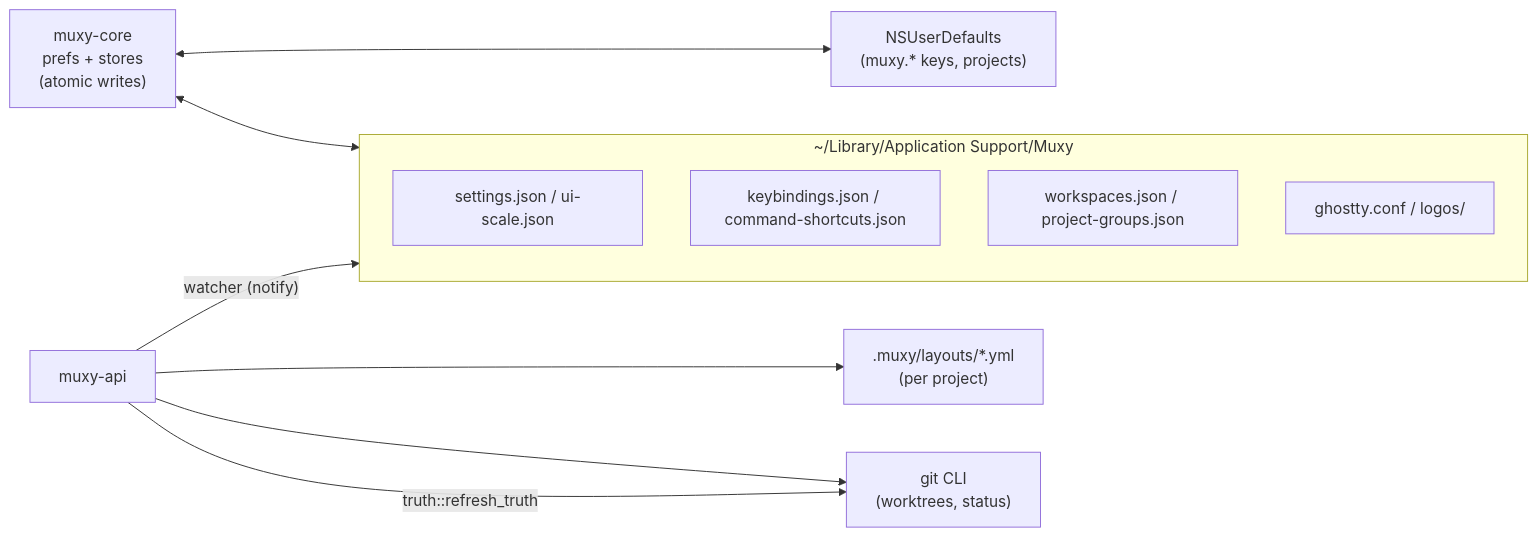
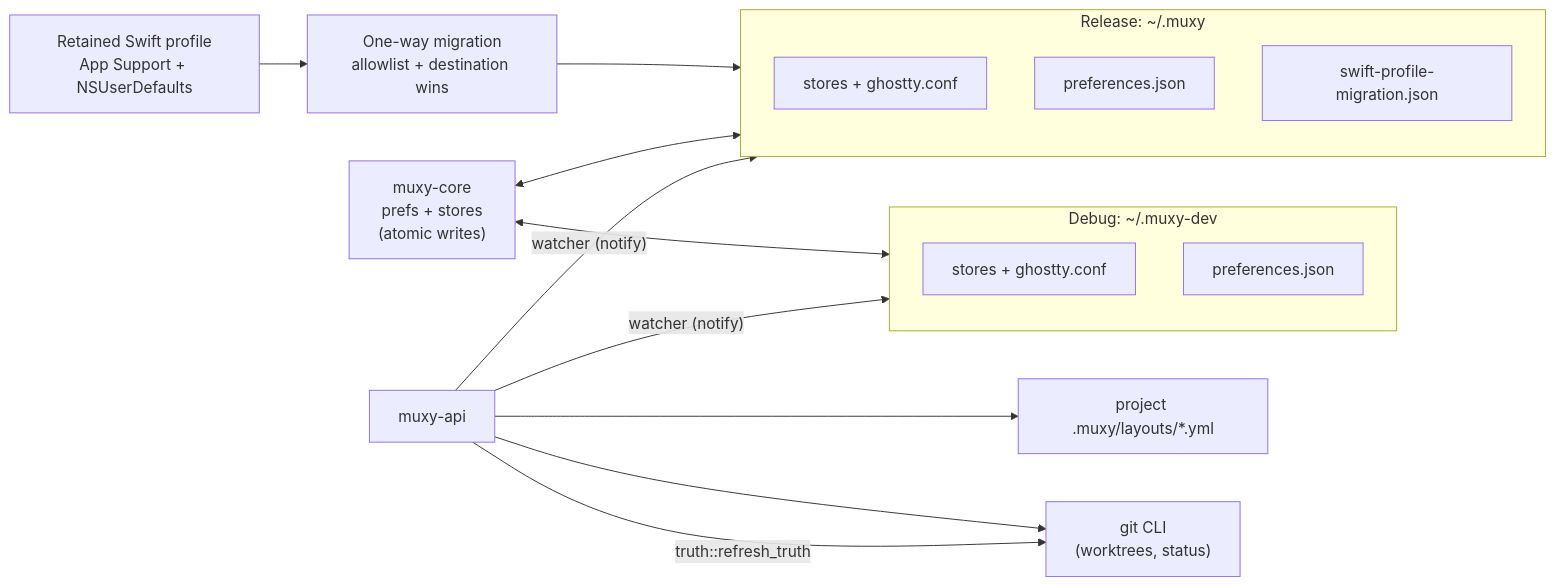
The fifth of 8 diagrams in ARCHITECTURE.md (muxy-app/muxy), drawn with Mermaid before and after one commit. The commit also changed other lines of this file and 23 other files, not shown here.

Commit message:
Harden one-way Swift profile migration

````diff
--- a/ARCHITECTURE.md
+++ b/ARCHITECTURE.md
@@ -126,19 +126,26 @@
 ```mermaid
 flowchart LR
-    subgraph disk["~/Library/Application Support/Muxy"]
-        S["settings.json / ui-scale.json"]
-        K["keybindings.json / command-shortcuts.json"]
-        W["workspaces.json / project-groups.json"]
-        G["ghostty.conf / logos/"]
+    SWIFT["Retained Swift profile\nApp Support + NSUserDefaults"]
+    MIG["One-way migration\nallowlist + destination wins"]
+    subgraph release["Release: ~/.muxy"]
+        RF["stores + ghostty.conf"]
+        RP["preferences.json"]
+        RS["swift-profile-migration.json"]
     end
-    UD["NSUserDefaults\n(muxy.* keys, projects)"]
-    PY[".muxy/layouts/*.yml\n(per project)"]
+    subgraph debug["Debug: ~/.muxy-dev"]
+        DF["stores + ghostty.conf"]
+        DP["preferences.json"]
+    end
+    PY["project .muxy/layouts/*.yml"]
     GIT["git CLI\n(worktrees, status)"]
 
-    core["muxy-core\nprefs + stores\n(atomic writes)"] <--> disk
-    core <--> UD
+    SWIFT --> MIG
+    MIG --> release
+    core["muxy-core\nprefs + stores\n(atomic writes)"] <--> release
+    core <--> debug
     api["muxy-api"] --> PY
     api --> GIT
-    api -- "watcher (notify)" --> disk
+    api -- "watcher (notify)" --> release
+    api -- "watcher (notify)" --> debug
     api -- "truth::refresh_truth" --> GIT
 ```
````
